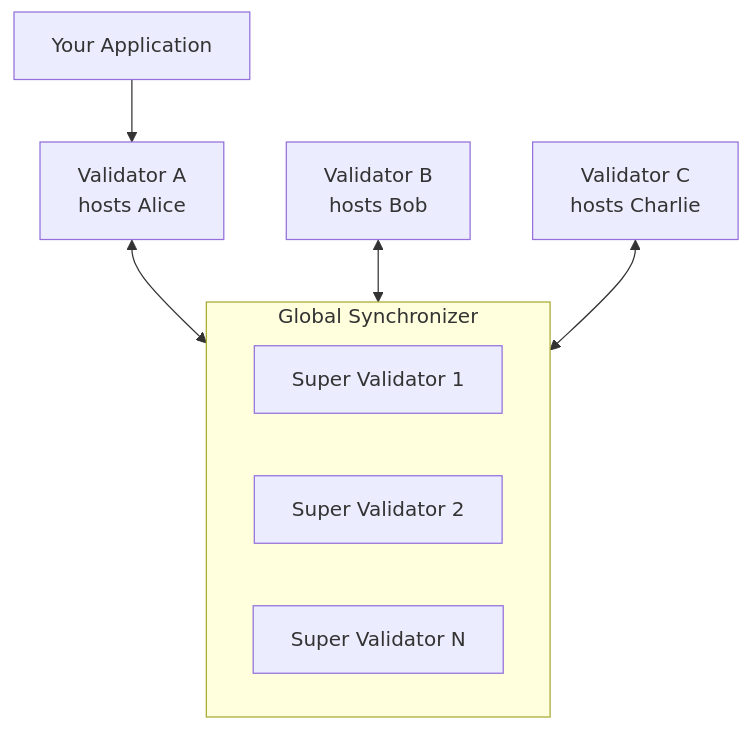
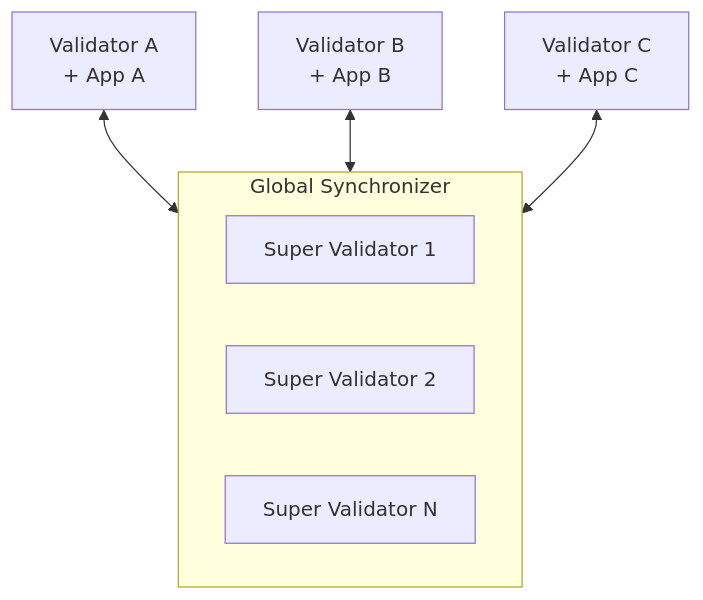
The third of 3 diagrams in docs-main/overview/understand/five-minute-overview.mdx (canton-network/cf-docs), drawn with Mermaid before and after one commit. The commit also changed 24 other files, not shown here.

````diff
--- a/docs-main/overview/understand/five-minute-overview.mdx
+++ b/docs-main/overview/understand/five-minute-overview.mdx
@@ -91,14 +91,12 @@
 ```mermaid
 flowchart TB
     subgraph GS[Global Synchronizer]
         SV1[Super Validator 1]
         SV2[Super Validator 2]
         SV3[Super Validator N]
     end
 
-    V1[Validator A<br>hosts Alice] <--> GS
-    V2[Validator B<br>hosts Bob] <--> GS
-    V3[Validator C<br>hosts Charlie] <--> GS
-
-    App[Your Application] --> V1
+    V1[Validator A<br>+ App A] <--> GS
+    V2[Validator B<br>+ App B] <--> GS
+    V3[Validator C<br>+ App C] <--> GS
 ```
````
